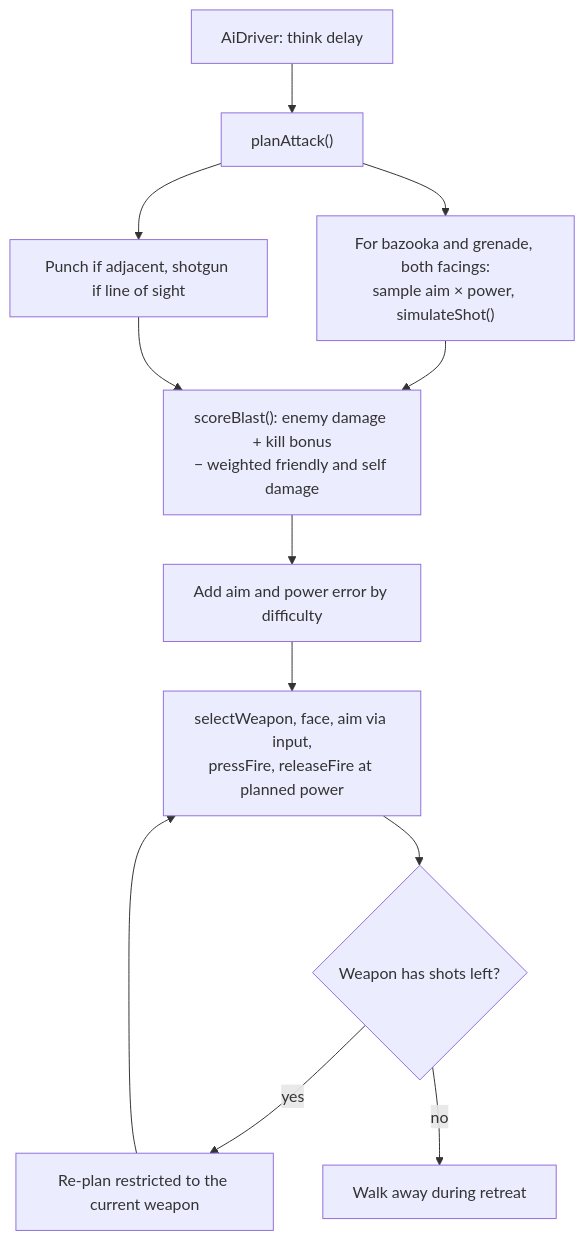
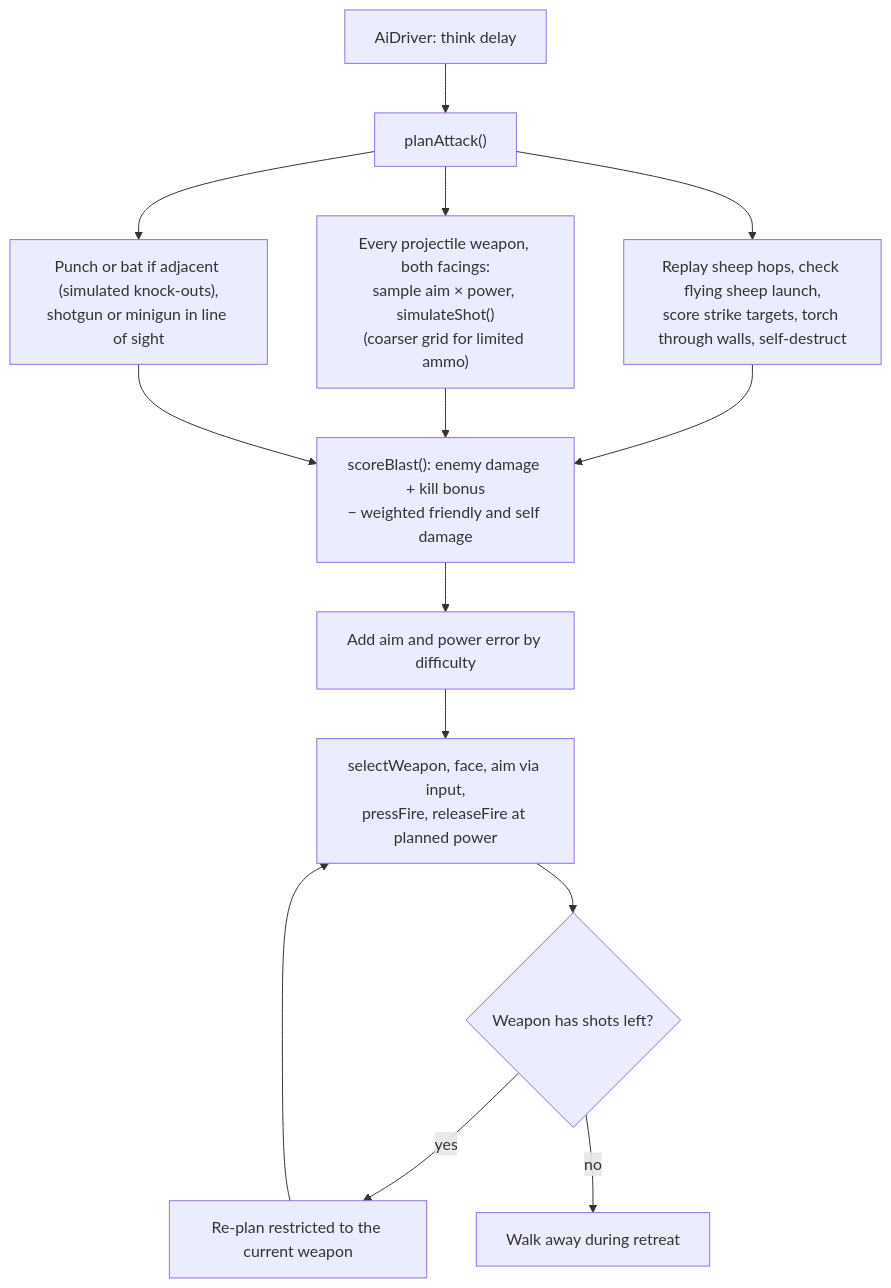
One commit to marcelpetrick/AlliumAssault changed the eighth of 9 diagrams in docs/ARCHITECTURE.md. Above: the diagram before and after it, drawn with Mermaid. The commit also changed other lines of this file and 7 other files, not shown here.

````diff
--- a/docs/ARCHITECTURE.md
+++ b/docs/ARCHITECTURE.md
@@ -222,13 +235,15 @@
 ```mermaid
 flowchart TD
   think["AiDriver: think delay"] --> plan["planAttack()"]
-  plan --> sample["For bazooka and grenade, both facings:<br/>sample aim × power, simulateShot()"]
-  plan --> melee["Punch if adjacent, shotgun if line of sight"]
+  plan --> sample["Every projectile weapon, both facings:<br/>sample aim × power, simulateShot()<br/>(coarser grid for limited ammo)"]
+  plan --> special["Replay sheep hops, check flying sheep launch,<br/>score strike targets, torch through walls, self-destruct"]
+  plan --> melee["Punch or bat if adjacent (simulated knock-outs),<br/>shotgun or minigun in line of sight"]
+  special --> score
   sample --> score["scoreBlast(): enemy damage + kill bonus<br/>− weighted friendly and self damage"]
   melee --> score
   score --> noise["Add aim and power error by difficulty"]
   noise --> act["selectWeapon, face, aim via input,<br/>pressFire, releaseFire at planned power"]
   act --> more{"Weapon has shots left?"}
   more -- yes --> replan["Re-plan restricted to the current weapon"] --> act
   more -- no --> retreat["Walk away during retreat"]
 ```
````
